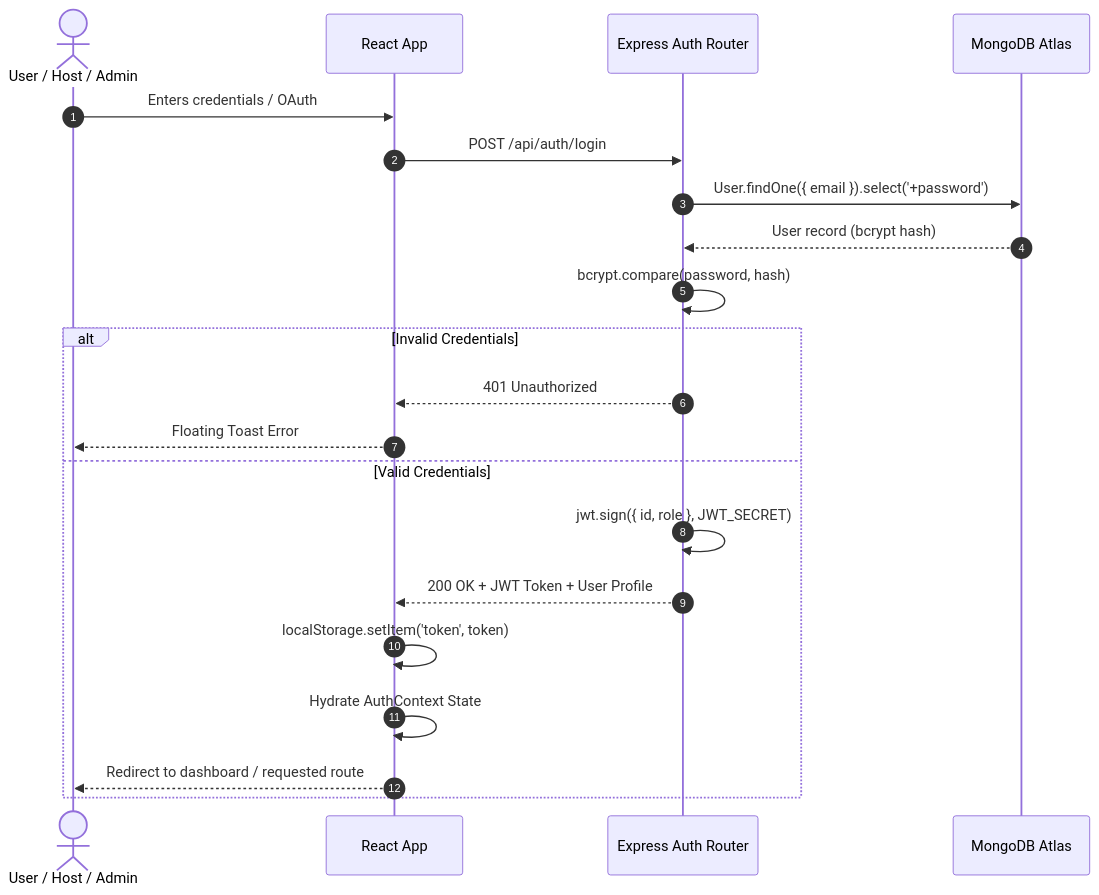
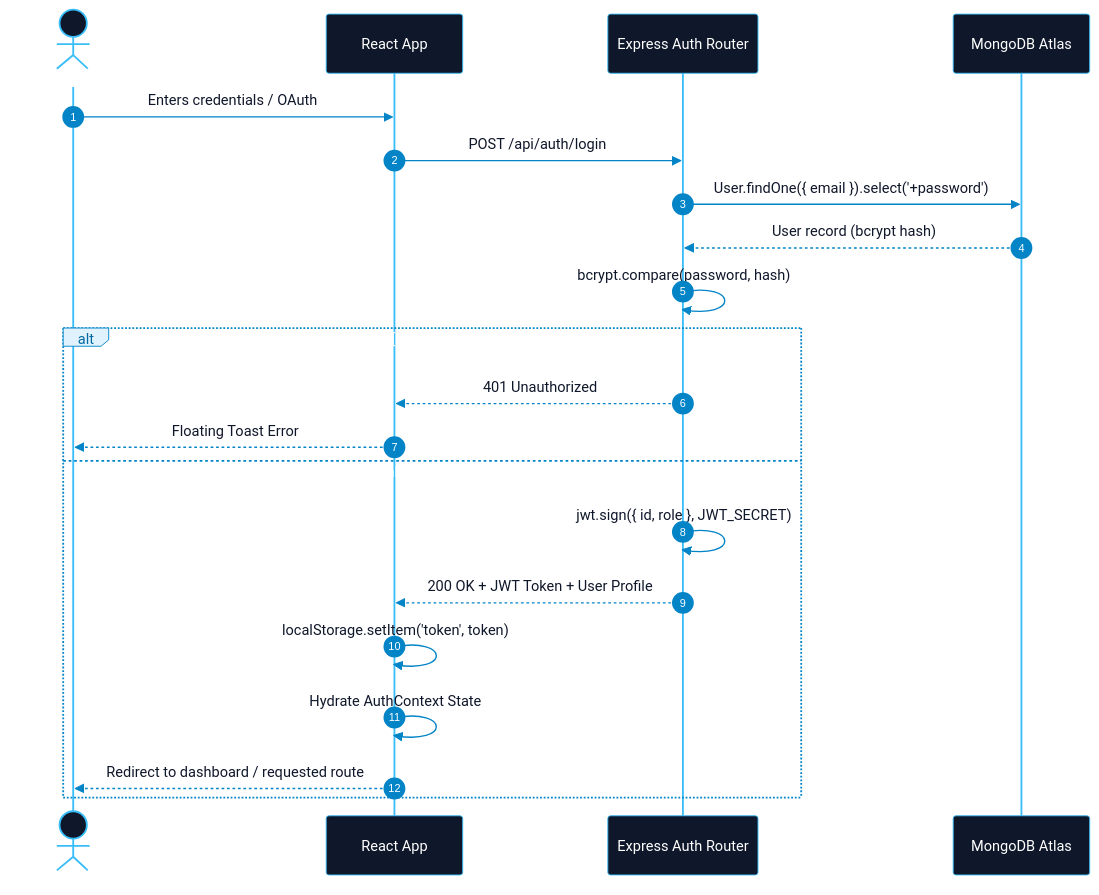
Before and after one commit to m4nish-dev/homely: the second of 6 diagrams in README.md, drawn with Mermaid. The commit also changed other lines of this file, not shown here.

Commit message:
docs: center-align header, add custom vibrant colors to Mermaid diagrams, and remove AI emojis

````diff
--- a/README.md
+++ b/README.md
@@ -94,24 +117,44 @@
 ```mermaid
+%%{init: {
+  'theme': 'base',
+  'themeVariables': {
+    'primaryColor': '#0284c7',
+    'primaryTextColor': '#ffffff',
+    'primaryBorderColor': '#0369a1',
+    'actorBkg': '#0f172a',
+    'actorBorder': '#38bdf8',
+    'actorTextColor': '#ffffff',
+    'actorLineColor': '#38bdf8',
+    'signalColor': '#0284c7',
+    'signalTextColor': '#0f172a',
+    'labelBoxBkgColor': '#e0f2fe',
+    'labelBoxBorderColor': '#0284c7',
+    'labelTextColor': '#0369a1',
+    'activationBorderColor': '#0284c7',
+    'activationBkgColor': '#bae6fd',
+    'sequenceNumberColor': '#ffffff'
+  }
+}}%%
 sequenceDiagram
     autonumber
     actor User as User / Host / Admin
     participant Client as React App
     participant AuthAPI as Express Auth Router
     participant DB as MongoDB Atlas
 
     User->>Client: Enters credentials / OAuth
     Client->>AuthAPI: POST /api/auth/login
     AuthAPI->>DB: User.findOne({ email }).select('+password')
     DB-->>AuthAPI: User record (bcrypt hash)
     AuthAPI->>AuthAPI: bcrypt.compare(password, hash)
     alt Invalid Credentials
         AuthAPI-->>Client: 401 Unauthorized
         Client-->>User: Floating Toast Error
     else Valid Credentials
         AuthAPI->>AuthAPI: jwt.sign({ id, role }, JWT_SECRET)
         AuthAPI-->>Client: 200 OK + JWT Token + User Profile
         Client->>Client: localStorage.setItem('token', token)
         Client->>Client: Hydrate AuthContext State
         Client-->>User: Redirect to dashboard / requested route
     end
 ```
````
